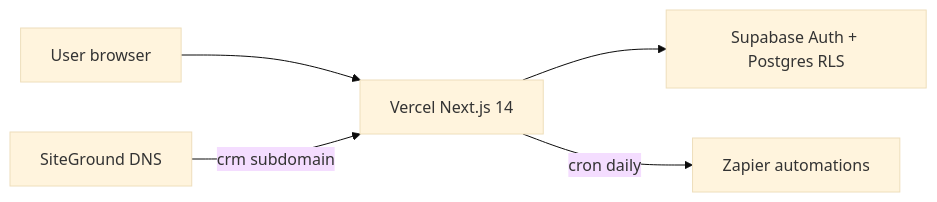
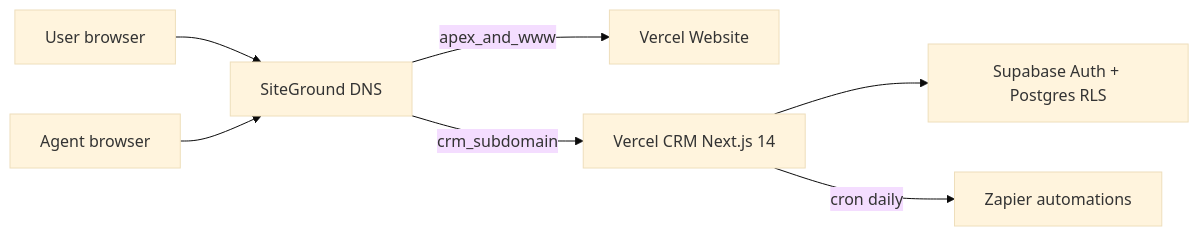
The diagram in handoff/Architecture-Diagram.md (JCDATASCIENTIST/enamoradocrm), drawn with Mermaid (base theme) before and after one commit. The commit also changed other lines of this file and 23 other files, not shown here.

First line of the commit message:
Add marketing website for apex domain alongside CRM subdomain.

````diff
--- a/handoff/Architecture-Diagram.md
+++ b/handoff/Architecture-Diagram.md
@@ -3,13 +3,17 @@
 ```mermaid
 flowchart LR
   Browser[User browser]
-  Vercel[Vercel Next.js 14]
+  AgentBrowser[Agent browser]
+  VercelWeb[Vercel Website]
+  VercelCRM[Vercel CRM Next.js 14]
   Supabase[Supabase Auth + Postgres RLS]
   Zapier[Zapier automations]
   SiteGround[SiteGround DNS]
 
-  Browser --> Vercel
-  Vercel --> Supabase
-  Vercel -->|cron daily| Zapier
-  SiteGround -->|crm subdomain| Vercel
+  Browser --> SiteGround
+  AgentBrowser --> SiteGround
+  SiteGround -->|apex_and_www| VercelWeb
+  SiteGround -->|crm_subdomain| VercelCRM
+  VercelCRM --> Supabase
+  VercelCRM -->|cron daily| Zapier
 ```
````
